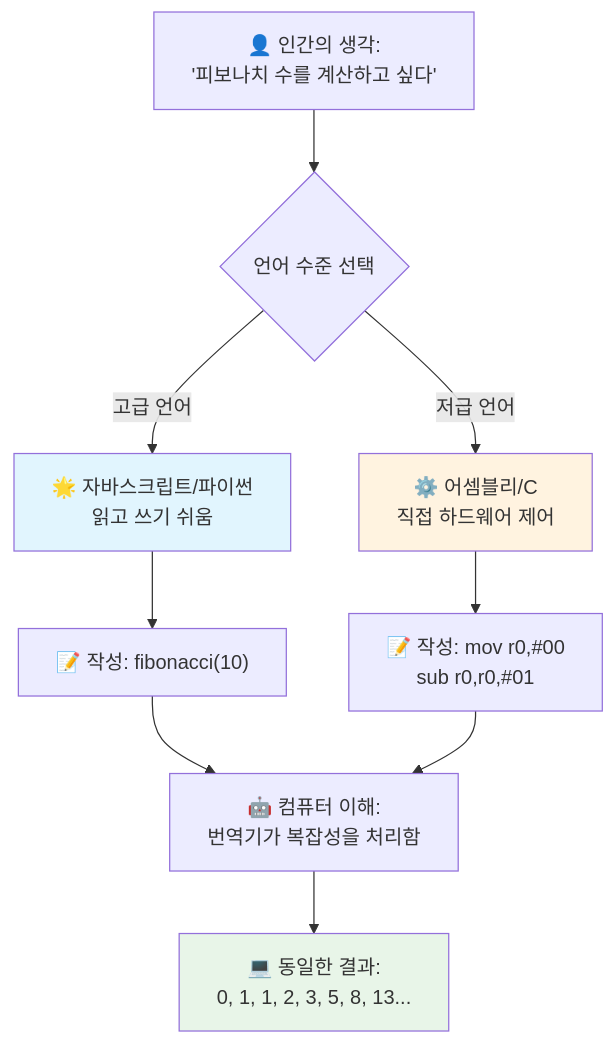
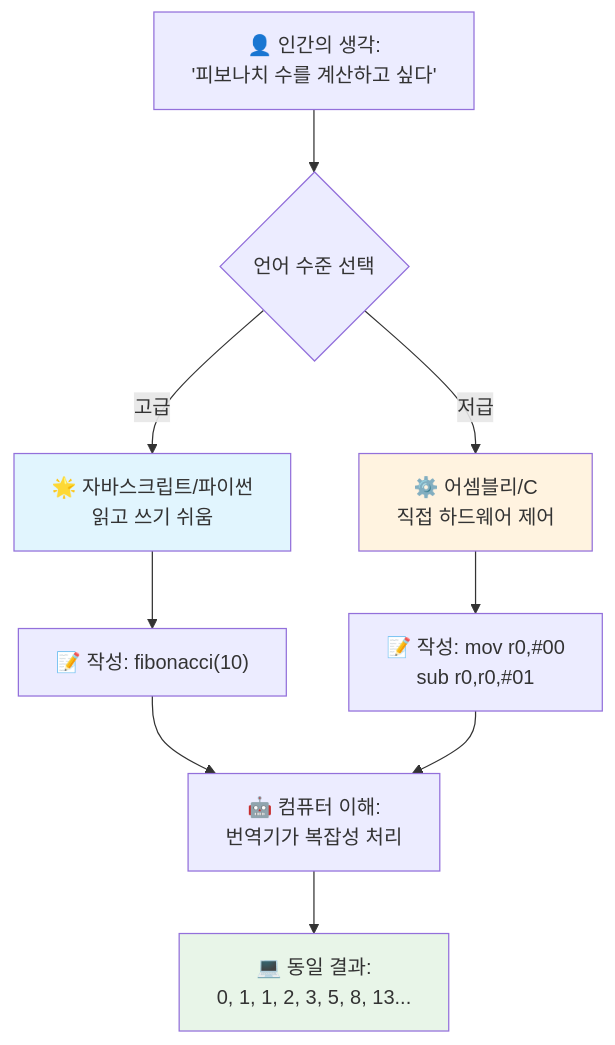
The third of 7 diagrams in translations/ko/1-getting-started-lessons/1-intro-to-programming-languages/README.md (microsoft/Web-Dev-For-Beginners), drawn with Mermaid before and after one commit. The commit also changed other lines of this file and 8 other files, not shown here.

````diff
--- a/translations/ko/1-getting-started-lessons/1-intro-to-programming-languages/README.md
+++ b/translations/ko/1-getting-started-lessons/1-intro-to-programming-languages/README.md
@@ -148,19 +148,19 @@
 ```mermaid
 flowchart TB
     A["👤 인간의 생각:<br/>'피보나치 수를 계산하고 싶다'"] --> B{언어 수준 선택}
     
-    B -->|고급 언어| C["🌟 자바스크립트/파이썬<br/>읽고 쓰기 쉬움"]
-    B -->|저급 언어| D["⚙️ 어셈블리/C<br/>직접 하드웨어 제어"]
+    B -->|고급| C["🌟 자바스크립트/파이썬<br/>읽고 쓰기 쉬움"]
+    B -->|저급| D["⚙️ 어셈블리/C<br/>직접 하드웨어 제어"]
     
     C --> E["📝 작성: fibonacci(10)"]
     D --> F["📝 작성: mov r0,#00<br/>sub r0,r0,#01"]
     
-    E --> G["🤖 컴퓨터 이해:<br/>번역기가 복잡성을 처리함"]
+    E --> G["🤖 컴퓨터 이해:<br/>번역기가 복잡성 처리"]
     F --> G
     
-    G --> H["💻 동일한 결과:<br/>0, 1, 1, 2, 3, 5, 8, 13..."]
+    G --> H["💻 동일 결과:<br/>0, 1, 1, 2, 3, 5, 8, 13..."]
     
     style C fill:#e1f5fe
     style D fill:#fff3e0
     style H fill:#e8f5e8
-```
+```  
````
